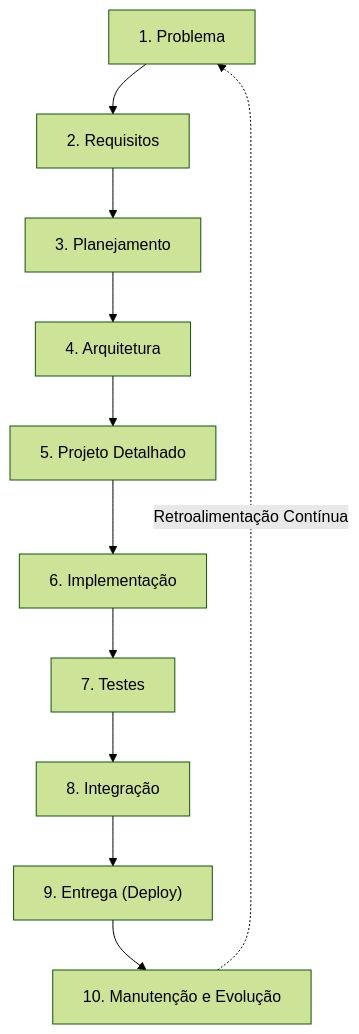
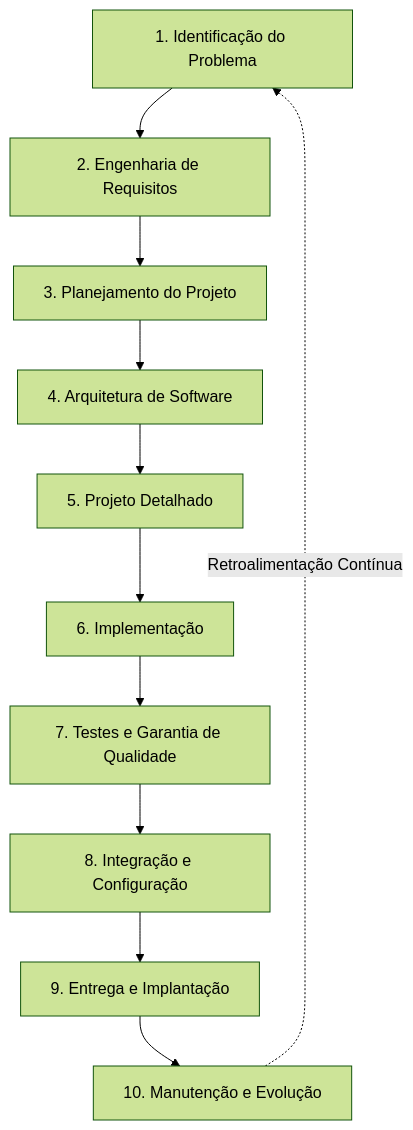
The third of 28 diagrams in 4º Semestre/[Prof. Wesley Soares] Engenharia de Software II/Resumos-IA/Caderno-Consolidado.md (murilolol/unifef), drawn with Mermaid (forest theme) before and after one commit. The commit also changed other lines of this file and 40 other files, not shown here.

````diff
--- a/4º Semestre/[Prof. Wesley Soares] Engenharia de Software II/Resumos-IA/Caderno-Consolidado.md
+++ b/4º Semestre/[Prof. Wesley Soares] Engenharia de Software II/Resumos-IA/Caderno-Consolidado.md
@@ -104,13 +189,13 @@
 ```mermaid
 flowchart TD
-    F1["1. Problema"] --> F2["2. Requisitos"]
-    F2 --> F3["3. Planejamento"]
-    F3 --> F4["4. Arquitetura"]
+    F1["1. Identificação do Problema"] --> F2["2. Engenharia de Requisitos"]
+    F2 --> F3["3. Planejamento do Projeto"]
+    F3 --> F4["4. Arquitetura de Software"]
     F4 --> F5["5. Projeto Detalhado"]
     F5 --> F6["6. Implementação"]
-    F6 --> F7["7. Testes"]
-    F7 --> F8["8. Integração"]
-    F8 --> F9["9. Entrega (Deploy)"]
+    F6 --> F7["7. Testes e Garantia de Qualidade"]
+    F7 --> F8["8. Integração e Configuração"]
+    F8 --> F9["9. Entrega e Implantação"]
     F9 --> F10["10. Manutenção e Evolução"]
     F10 -.->|"Retroalimentação Contínua"| F1
 ```
````
